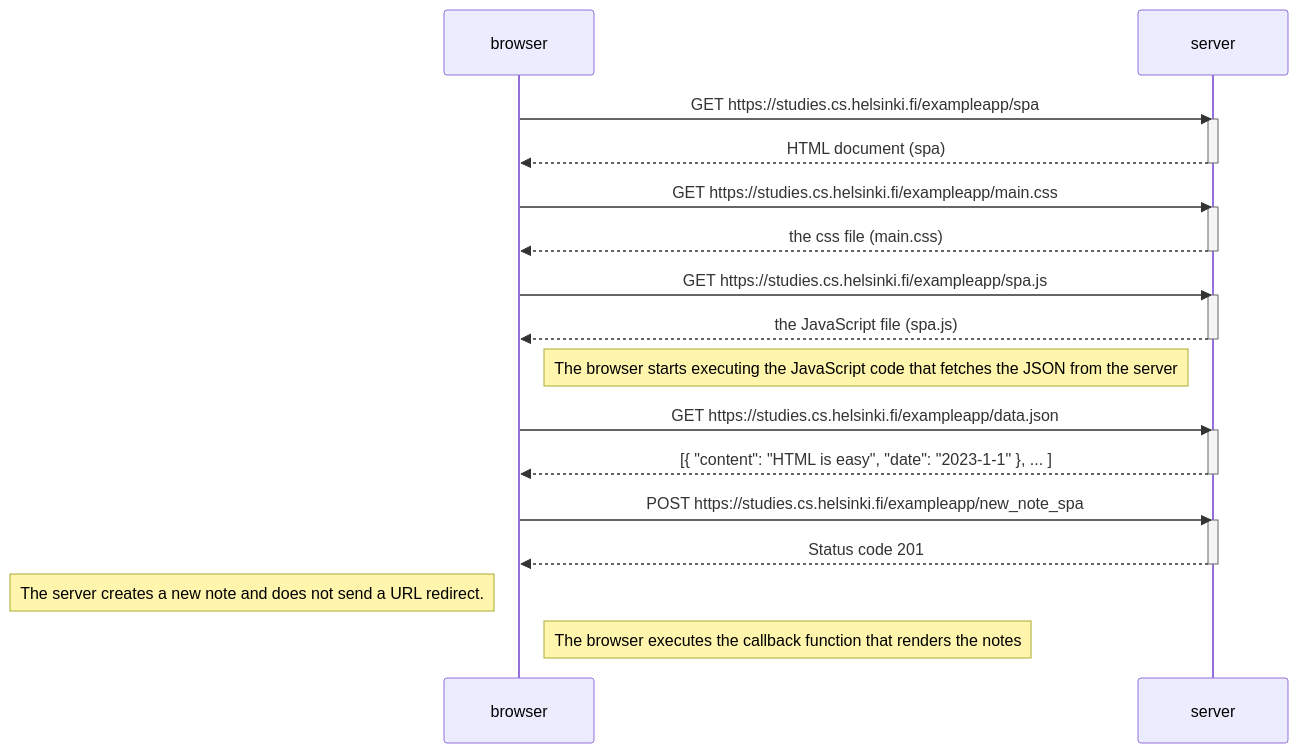
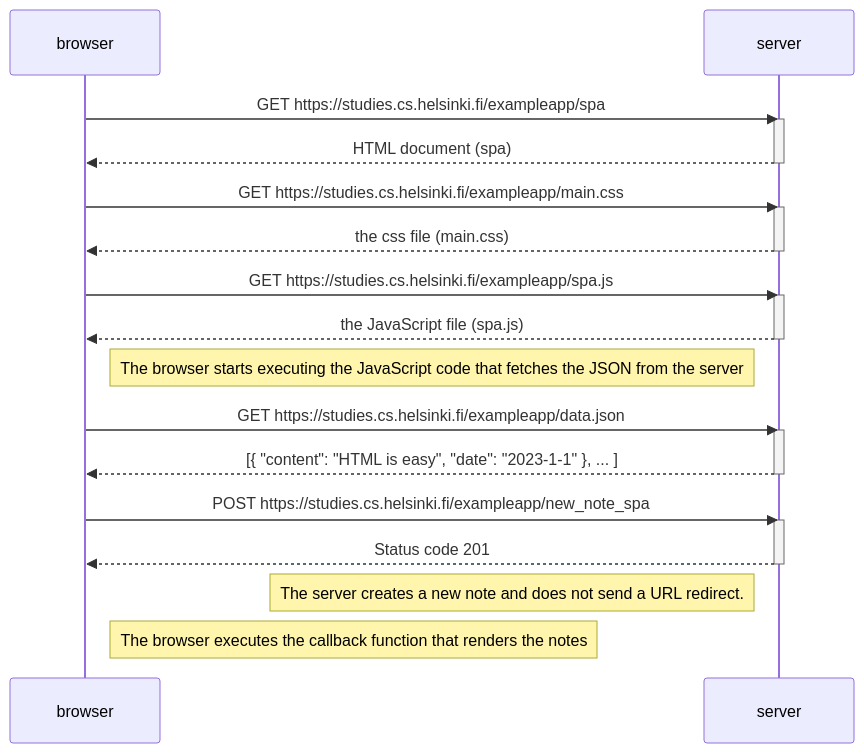
The diagram in part0/0.6.md (Ericx014/full-stack-open), drawn with Mermaid before and after one commit.

````diff
--- a/part0/0.6.md
+++ b/part0/0.6.md
@@ -1,36 +1,36 @@
 ```mermaid
 sequenceDiagram
     participant browser
     participant server
 
     browser->>server: GET https://studies.cs.helsinki.fi/exampleapp/spa
     activate server
     server-->>browser: HTML document (spa)
     deactivate server
 
     browser->>server: GET https://studies.cs.helsinki.fi/exampleapp/main.css
     activate server
     server-->>browser: the css file (main.css)
     deactivate server
 
     browser->>server: GET https://studies.cs.helsinki.fi/exampleapp/spa.js
     activate server
     server-->>browser: the JavaScript file (spa.js)
     deactivate server
 
     Note right of browser: The browser starts executing the JavaScript code that fetches the JSON from the server
 
     browser->>server: GET https://studies.cs.helsinki.fi/exampleapp/data.json
     activate server
     server-->>browser: [{ "content": "HTML is easy", "date": "2023-1-1" }, ... ]
     deactivate server
 
     browser->>server: POST https://studies.cs.helsinki.fi/exampleapp/new_note_spa
     activate server
     server-->>browser: Status code 201
     deactivate server
 
-    Note left of browser: The server creates a new note and does not send a URL redirect.
+    Note left of server: The server creates a new note and does not send a URL redirect.
 
     Note right of browser: The browser executes the callback function that renders the notes
 ```
````
